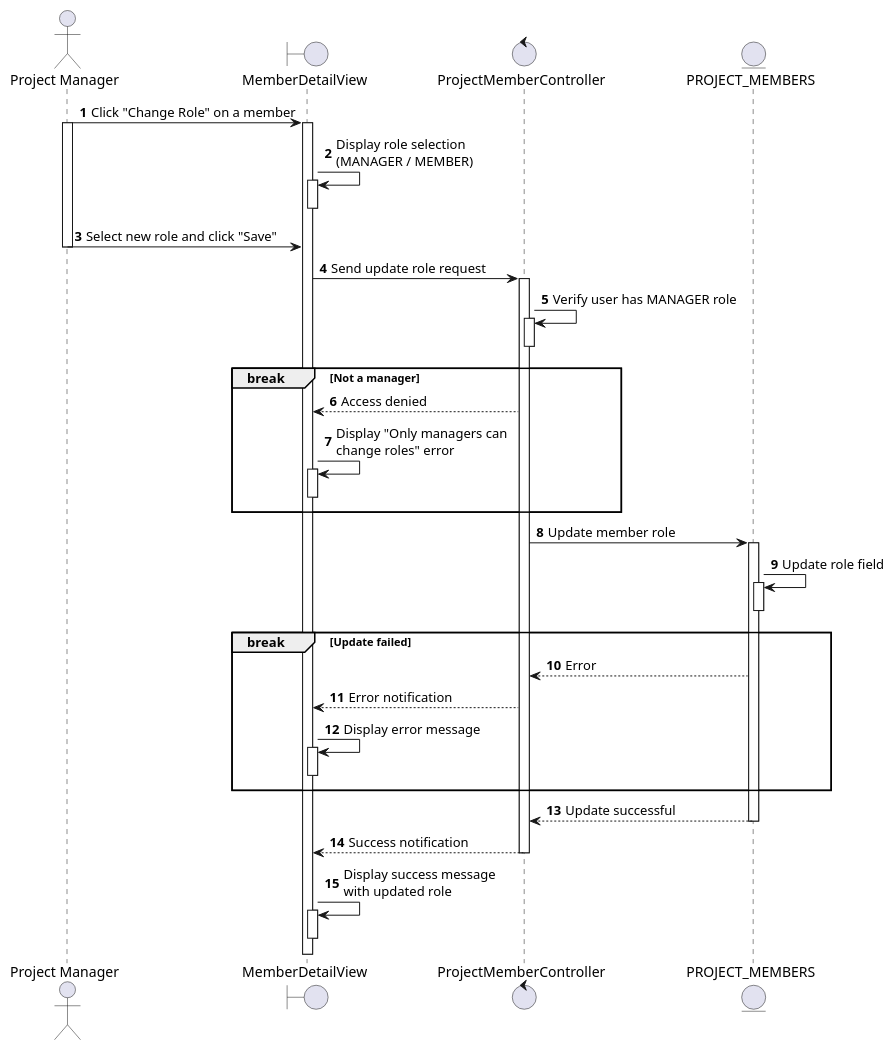
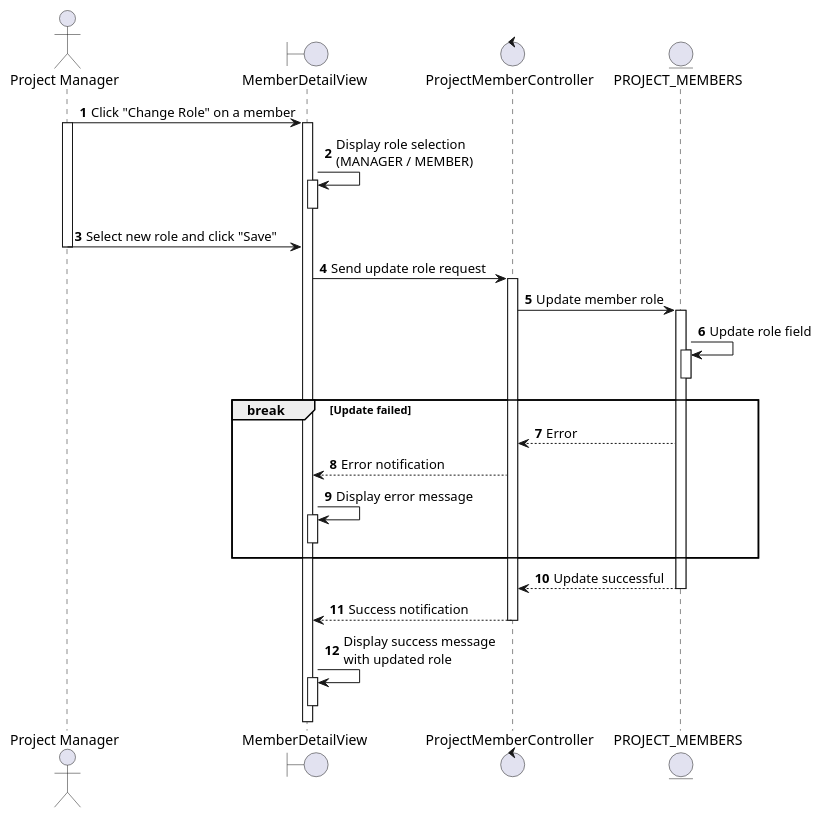
Before and after one commit to taskpilot-platform/taskpilot-platform.github.io: the diagram in docs/docs/sequence/project-members/update-member-role.md, drawn with PlantUML. The commit also changed 65 other files, not shown here.

Commit message:
docs: Add new sequence diagrams for various platform functionalities including project, task, sprint, user, and AI assistant management.

````diff
--- a/docs/docs/sequence/project-members/update-member-role.md
+++ b/docs/docs/sequence/project-members/update-member-role.md
@@ -3,57 +3,47 @@
 ```plantuml
 @startuml
 autonumber
 
 actor "Project Manager" as PMR
 boundary MemberDetailView as MDV
 control ProjectMemberController as PMC
 entity PROJECT_MEMBERS as PM
 
 PMR -> MDV: Click "Change Role" on a member
 activate PMR
 activate MDV
 MDV -> MDV: Display role selection\n(MANAGER / MEMBER)
 activate MDV
 deactivate MDV
 
 PMR -> MDV: Select new role and click "Save"
 deactivate PMR
 
 MDV -> PMC: Send update role request
 activate PMC
-PMC -> PMC: Verify user has MANAGER role
-activate PMC
-deactivate PMC
-
-break Not a manager
-  MDV <-- PMC: Access denied
-  MDV -> MDV: Display "Only managers can\nchange roles" error
-  activate MDV
-  deactivate MDV
-end
 
 PMC -> PM: Update member role
 activate PM
 PM -> PM: Update role field
 activate PM
 deactivate PM
 
 break Update failed
   PMC <-- PM: Error
   MDV <-- PMC: Error notification
   MDV -> MDV: Display error message
   activate MDV
   deactivate MDV
 end
 
 PMC <-- PM: Update successful
 deactivate PM
 
 MDV <-- PMC: Success notification
 deactivate PMC
 MDV -> MDV: Display success message\nwith updated role
 activate MDV
 deactivate MDV
 
 @enduml
 ```
````
